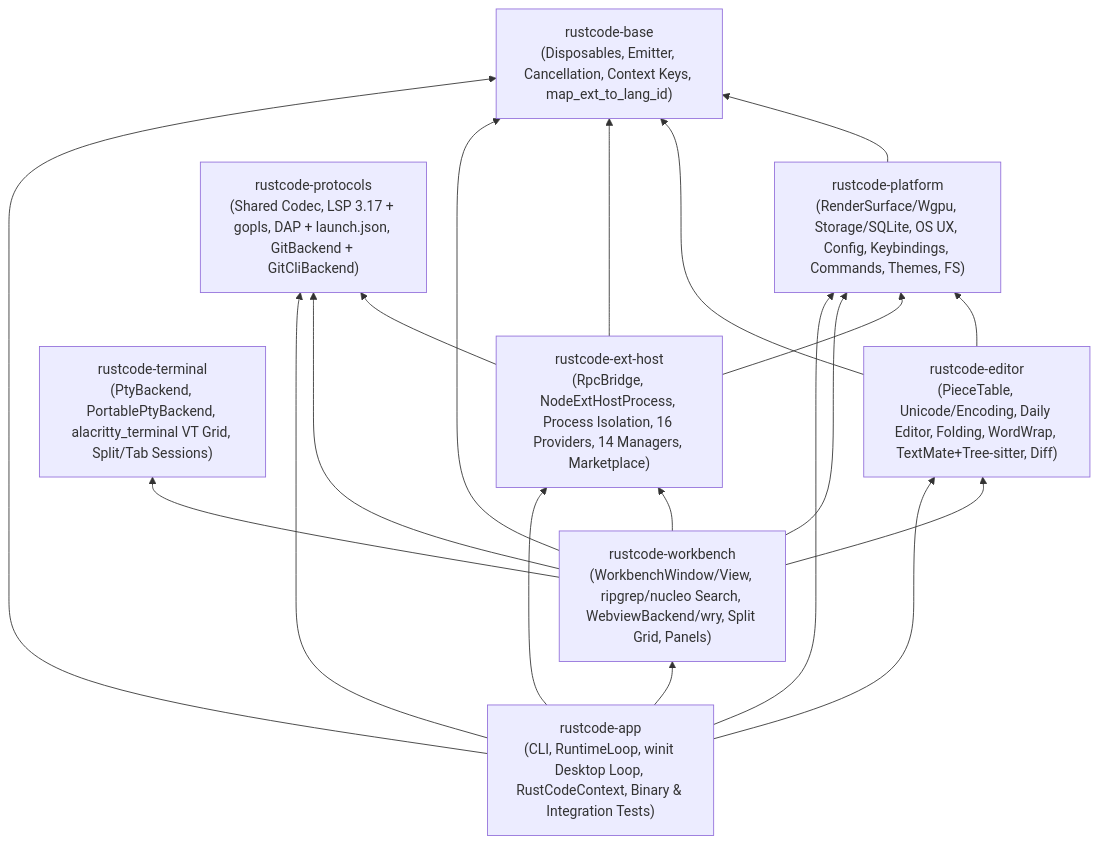
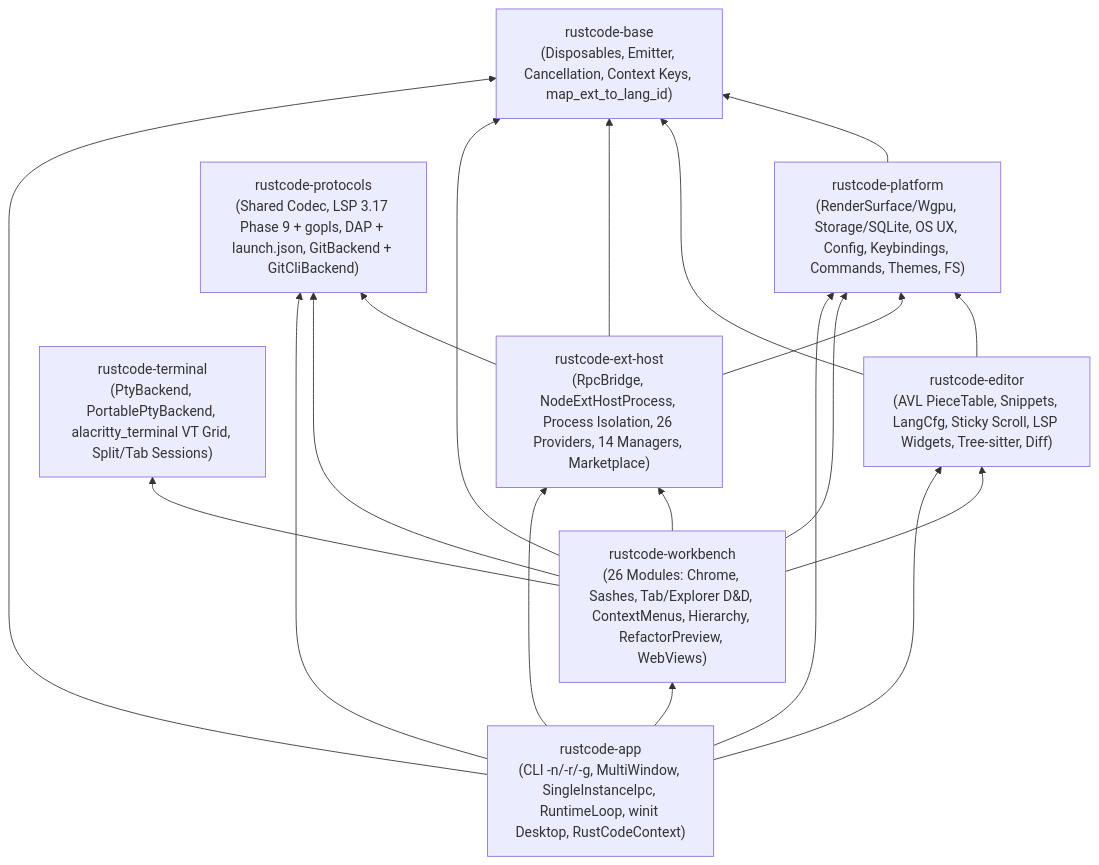
The diagram in docs/architecture.md (revelino01/vscode-in-rust), drawn with Mermaid before and after one commit. The commit also changed other lines of this file and 63 other files, not shown here.

Commit message:
feat(phase9): complete Phase 9 M1-M4 deep editing, workbench chrome, 100 MiB PieceTable, multi-window IPC & E2E verification

````diff
--- a/docs/architecture.md
+++ b/docs/architecture.md
@@ -17,30 +17,30 @@
 ```mermaid
 flowchart BT
     base["rustcode-base\n(Disposables, Emitter, Cancellation, Context Keys, map_ext_to_lang_id)"]
     platform["rustcode-platform\n(RenderSurface/Wgpu, Storage/SQLite, OS UX, Config, Keybindings, Commands, Themes, FS)"]
-    editor["rustcode-editor\n(PieceTable, Unicode/Encoding, Daily Editor, Folding, WordWrap, TextMate+Tree-sitter, Diff)"]
+    editor["rustcode-editor\n(AVL PieceTable, Snippets, LangCfg, Sticky Scroll, LSP Widgets, Tree-sitter, Diff)"]
     terminal["rustcode-terminal\n(PtyBackend, PortablePtyBackend, alacritty_terminal VT Grid, Split/Tab Sessions)"]
-    protocols["rustcode-protocols\n(Shared Codec, LSP 3.17 + gopls, DAP + launch.json, GitBackend + GitCliBackend)"]
-    exthost["rustcode-ext-host\n(RpcBridge, NodeExtHostProcess, Process Isolation, 16 Providers, 14 Managers, Marketplace)"]
-    workbench["rustcode-workbench\n(WorkbenchWindow/View, ripgrep/nucleo Search, WebviewBackend/wry, Split Grid, Panels)"]
-    app["rustcode-app\n(CLI, RuntimeLoop, winit Desktop Loop, RustCodeContext, Binary & Integration Tests)"]
+    protocols["rustcode-protocols\n(Shared Codec, LSP 3.17 Phase 9 + gopls, DAP + launch.json, GitBackend + GitCliBackend)"]
+    exthost["rustcode-ext-host\n(RpcBridge, NodeExtHostProcess, Process Isolation, 26 Providers, 14 Managers, Marketplace)"]
+    workbench["rustcode-workbench\n(26 Modules: Chrome, Sashes, Tab/Explorer D&D, ContextMenus, Hierarchy, RefactorPreview, WebViews)"]
+    app["rustcode-app\n(CLI -n/-r/-g, MultiWindow, SingleInstanceIpc, RuntimeLoop, winit Desktop, RustCodeContext)"]
 
     platform --> base
     editor --> base
     editor --> platform
     exthost --> base
     exthost --> platform
     exthost --> protocols
     workbench --> base
     workbench --> platform
     workbench --> editor
     workbench --> terminal
     workbench --> protocols
     workbench --> exthost
     app --> base
     app --> platform
     app --> editor
     app --> protocols
     app --> exthost
     app --> workbench
 ```
````
